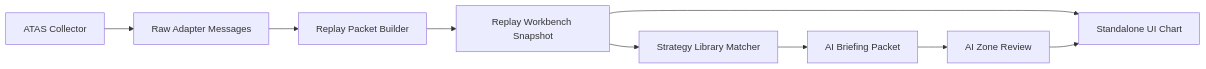
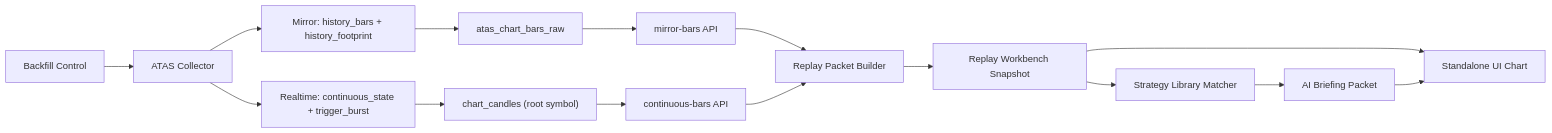
The diagram in docs/replay_workbench_architecture.md (q553079/atas-market-structure), drawn with Mermaid before and after one commit. The commit also changed other lines of this file and 20 other files, not shown here.

Commit message:
Add ATAS mirror history and backfill flow

````diff
--- a/docs/replay_workbench_architecture.md
+++ b/docs/replay_workbench_architecture.md
@@ -29,11 +30,17 @@
 ```mermaid
 flowchart LR
-    A["ATAS Collector"] --> B["Raw Adapter Messages"]
-    B --> C["Replay Packet Builder"]
-    C --> D["Replay Workbench Snapshot"]
-    D --> E["Standalone UI Chart"]
-    D --> F["Strategy Library Matcher"]
-    F --> G["AI Briefing Packet"]
-    G --> H["AI Zone Review"]
-    H --> E
+    A["ATAS Collector"] --> B["Realtime: continuous_state + trigger_burst"]
+    A --> C["Mirror: history_bars + history_footprint"]
+    D["Backfill Control"] --> A
+    C --> E["atas_chart_bars_raw"]
+    B --> F["chart_candles (root symbol)"]
+    E --> G["mirror-bars API"]
+    F --> H["continuous-bars API"]
+    G --> I["Replay Packet Builder"]
+    H --> I
+    I --> J["Replay Workbench Snapshot"]
+    J --> K["Standalone UI Chart"]
+    J --> L["Strategy Library Matcher"]
+    L --> M["AI Briefing Packet"]
+    M --> K
 ```
````
